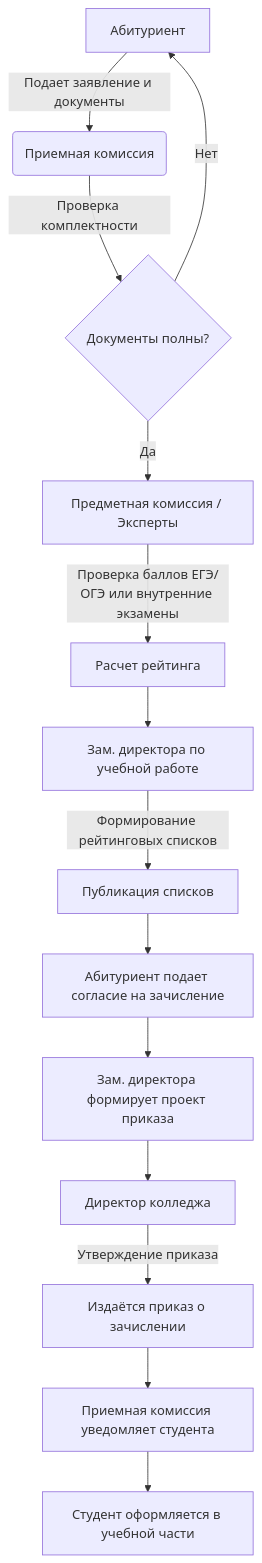
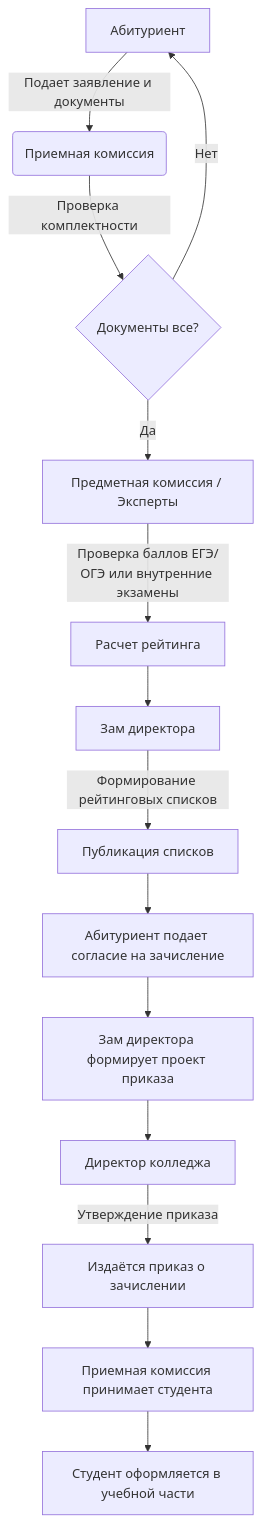
The diagram in sas.md (ALASTOR666-Husk/TOTAL-HELL-AGONY), drawn with Mermaid before and after one commit.

````diff
--- a/sas.md
+++ b/sas.md
@@ -1,16 +1,16 @@
 ```mermaid
 graph TD
     A[Абитуриент] -->|Подает заявление и документы| B(Приемная комиссия)
-    B -->|Проверка комплектности| C{Документы полны?}
+    B -->|Проверка комплектности| C{Документы все?}
     C -- Нет --> A
     C -- Да --> D[Предметная комиссия / Эксперты]
     D -->|Проверка баллов ЕГЭ/ОГЭ или внутренние экзамены| E[Расчет рейтинга]
-    E --> F[Зам. директора по учебной работе]
+    E --> F[Зам директора]
     F -->|Формирование рейтинговых списков| G[Публикация списков]
     G --> H[Абитуриент подает согласие на зачисление]
-    H --> I[Зам. директора формирует проект приказа]
+    H --> I[Зам директора формирует проект приказа]
     I --> J[Директор колледжа]
     J -->|Утверждение приказа| K[Издаётся приказ о зачислении]
-    K --> L[Приемная комиссия уведомляет студента]
+    K --> L[Приемная комиссия принимает студента]
     L --> M[Студент оформляется в учебной части]
 ```
````
